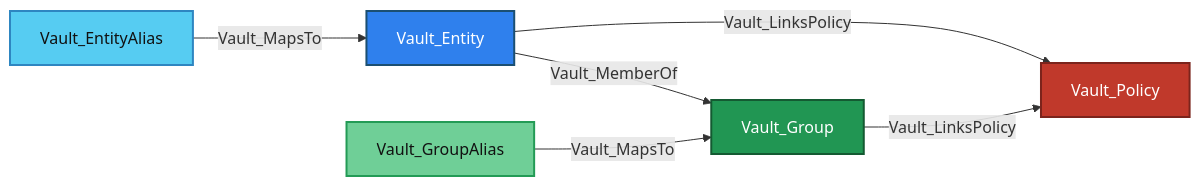
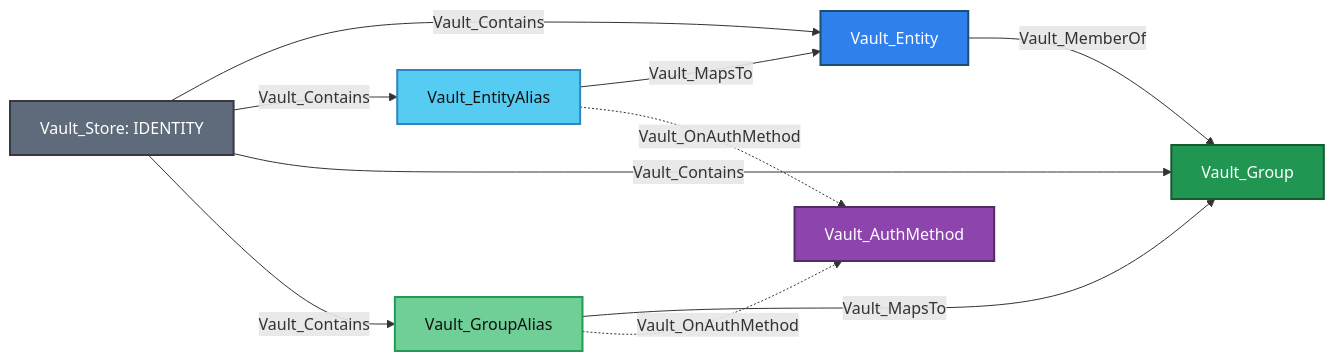
One commit to bytewreck/opengraph-vault changed the second of 13 diagrams in Documentation/stores/IDENTITY.md. Above: the diagram before and after it, drawn with Mermaid. The commit also changed other lines of this file and 6 other files, not shown here.

````diff
--- a/Documentation/stores/IDENTITY.md
+++ b/Documentation/stores/IDENTITY.md
@@ -83,14 +73,19 @@
 ```mermaid
 flowchart LR
-    EA[Vault_EntityAlias]:::entityAliasNode -->|Vault_MapsTo| VE[Vault_Entity]:::entityNode
-    VE -->|Vault_LinksPolicy| P[Vault_Policy]:::policyNode
-    GA[Vault_GroupAlias]:::groupAliasNode -->|Vault_MapsTo| VG[Vault_Group]:::groupNode
-    VG -->|Vault_LinksPolicy| P
+    store[Vault_Store: IDENTITY]:::storeNode -->|Vault_Contains| VE[Vault_Entity]:::entityNode
+    store -->|Vault_Contains| EA[Vault_EntityAlias]:::entityAliasNode
+    EA -->|Vault_MapsTo| VE
+    store -->|Vault_Contains| VG[Vault_Group]:::groupNode
+    store -->|Vault_Contains| GA[Vault_GroupAlias]:::groupAliasNode
+    GA -->|Vault_MapsTo| VG
     VE -->|Vault_MemberOf| VG
-  
+    EA -.->|Vault_OnAuthMethod| auth[Vault_AuthMethod]:::authNode
+    GA -.->|Vault_OnAuthMethod| auth
+
+    classDef storeNode fill:#5F6B7A,color:#fff,stroke:#343A40,stroke-width:2px
     classDef entityNode fill:#2F80ED,color:#fff,stroke:#1B4F72,stroke-width:2px
     classDef entityAliasNode fill:#56CCF2,color:#111,stroke:#2E86C1,stroke-width:2px
     classDef groupNode fill:#219653,color:#fff,stroke:#145A32,stroke-width:2px
     classDef groupAliasNode fill:#6FCF97,color:#111,stroke:#239B56,stroke-width:2px
-    classDef policyNode fill:#C0392B,color:#fff,stroke:#7B241C,stroke-width:2px
+    classDef authNode fill:#8E44AD,color:#fff,stroke:#512E5F,stroke-width:2px
 ```
````
